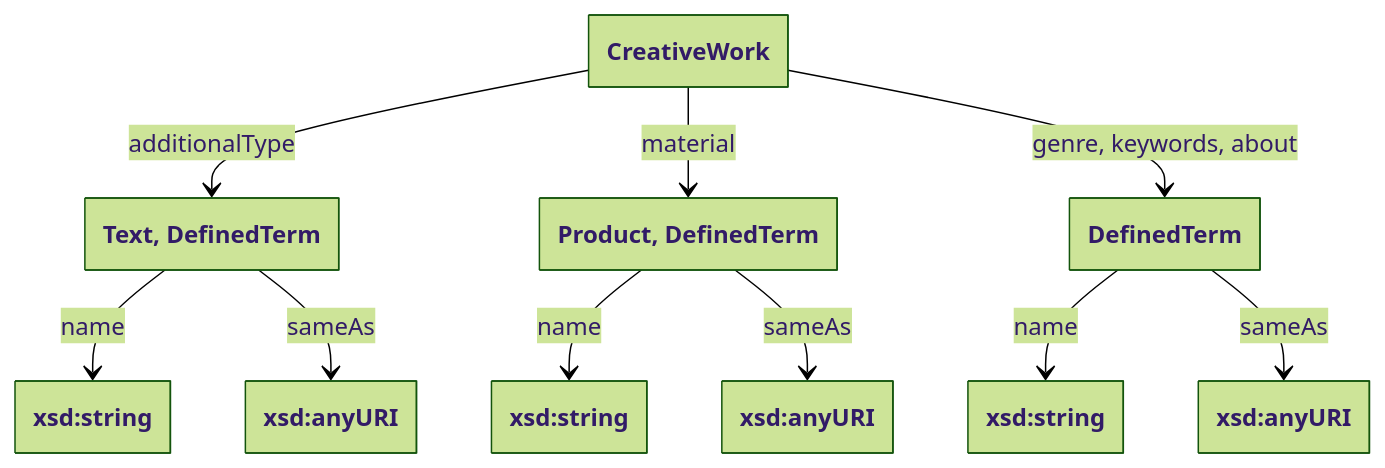
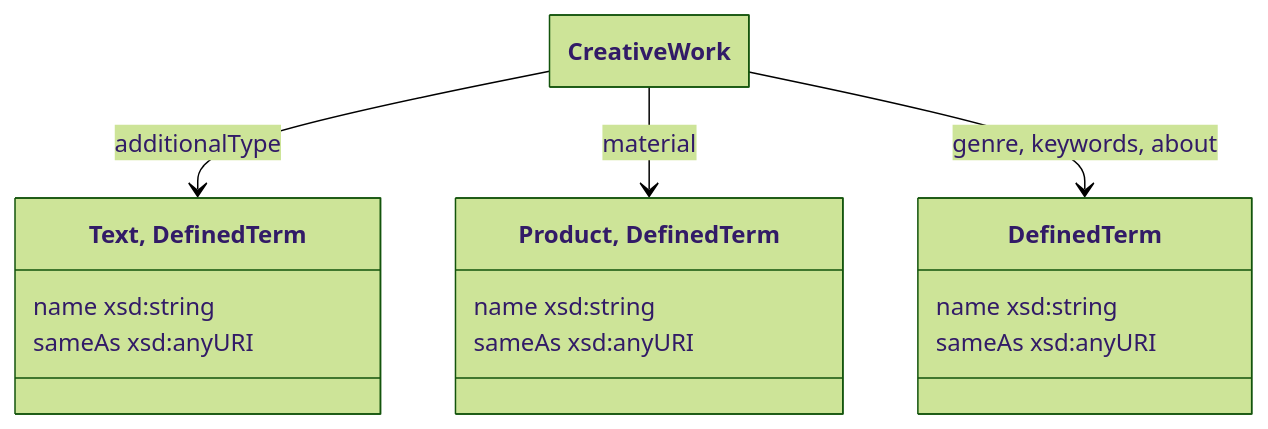
The fifth of 5 diagrams in docs/datamodel.md (collectienederland/schema-profile), drawn with Mermaid before and after one commit. The commit also changed other lines of this file, not shown here.

```diff
--- a/docs/datamodel.md
+++ b/docs/datamodel.md
@@ -174,31 +216,28 @@
 <pre class="mermaid">
 ---
   config:
     theme: forest
     class:
       hideEmptyMembersBox: true
 ---
 classDiagram
 class creativework["CreativeWork"]
 
-class additional["Text, DefinedTerm"]
-class lit_27["xsd:string"]
-class lit_28["xsd:anyURI"]
+class additional["Text, DefinedTerm"] {
+  name xsd:string
+  sameAs xsd:anyURI
+}
 creativework --> additional: additionalType
-additional --> lit_27: name
-additional --> lit_28: sameAs
 
-class product["Product, DefinedTerm"]
-class lit_0["xsd:string"]
-class lit_2["xsd:anyURI"]
+class product["Product, DefinedTerm"] {
+  name xsd:string
+  sameAs xsd:anyURI
+}
 creativework --> product: material
-product --> lit_0: name
-product --> lit_2: sameAs
 
-class defterm["DefinedTerm"]
-class lit_29["xsd:string"]
-class lit_30["xsd:anyURI"]
+class defterm["DefinedTerm"] {
+  name xsd:string
+  sameAs xsd:anyURI
+}
 creativework --> defterm: genre, keywords, about
-defterm --> lit_29: name
-defterm --> lit_30: sameAs
 </pre>
```
